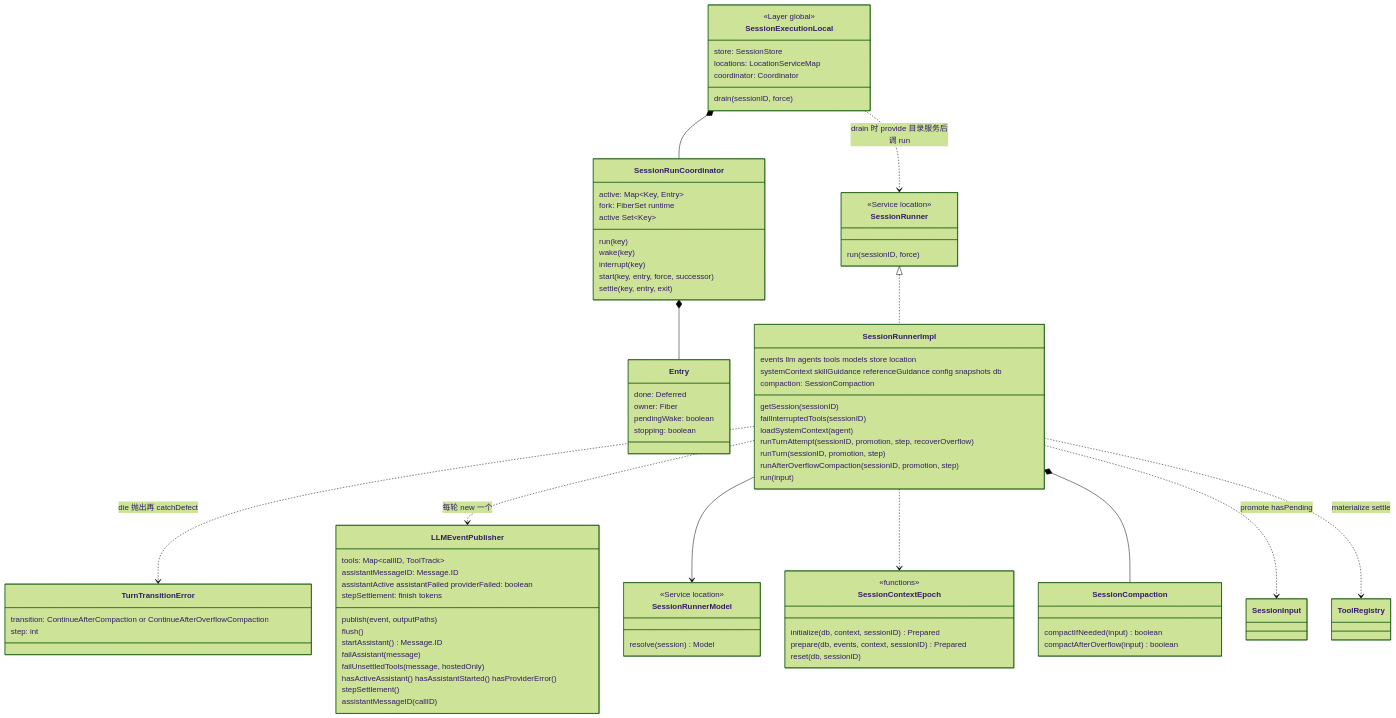
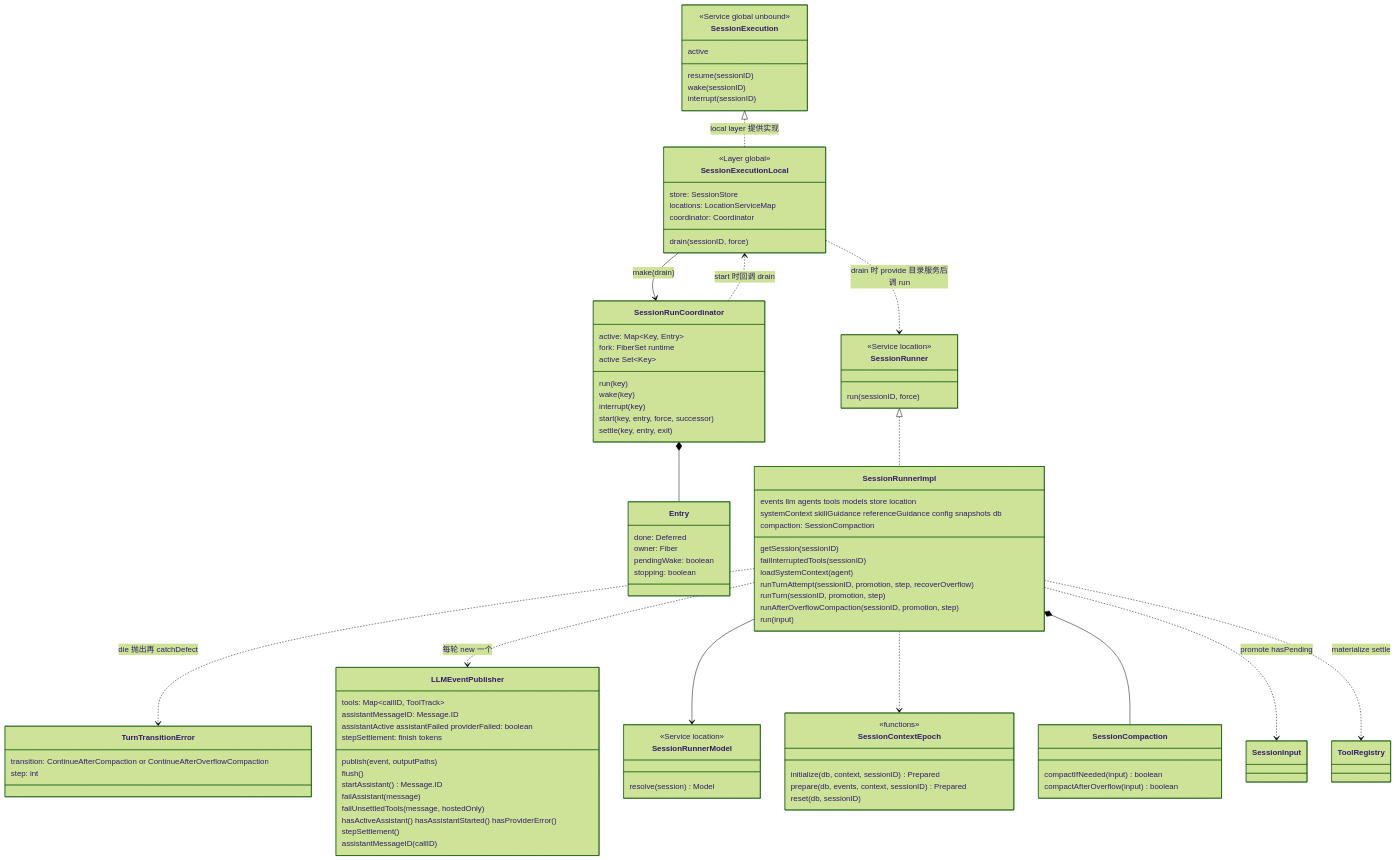
Before and after one commit to nickqiaoo/nickqiaoo.github.io: the eighth of 18 diagrams in src/content/post/agents-opencode/index.md, drawn with Mermaid (forest theme). The commit also changed other lines of this file and 3 other files, not shown here.

Commit message:
Clarify OpenCode v2 execution and permission architecture

```diff
--- a/src/content/post/agents-opencode/index.md
+++ b/src/content/post/agents-opencode/index.md
@@ -638,6 +657,13 @@
     active Set~Key~
     start(key, entry, force, successor)
     settle(key, entry, exit)
+  }
+  class SessionExecution {
+    <<Service global unbound>>
+    active
+    resume(sessionID)
+    wake(sessionID)
+    interrupt(sessionID)
   }
   class Entry {
     done: Deferred
@@ -693,8 +719,10 @@
     compactIfNeeded(input) boolean
     compactAfterOverflow(input) boolean
   }
-  SessionExecutionLocal *-- SessionRunCoordinator
+  SessionExecution <|.. SessionExecutionLocal : local layer 提供实现
+  SessionExecutionLocal --> SessionRunCoordinator : make(drain)
   SessionRunCoordinator *-- Entry
+  SessionRunCoordinator ..> SessionExecutionLocal : start 时回调 drain
   SessionExecutionLocal ..> SessionRunner : drain 时 provide 目录服务后调 run
   SessionRunner <|.. SessionRunnerImpl
   SessionRunnerImpl ..> TurnTransitionError : die 抛出再 catchDefect
```
